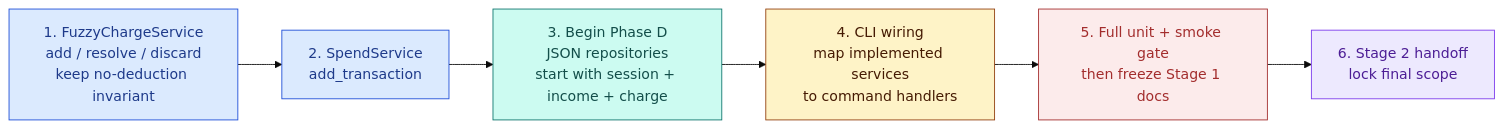
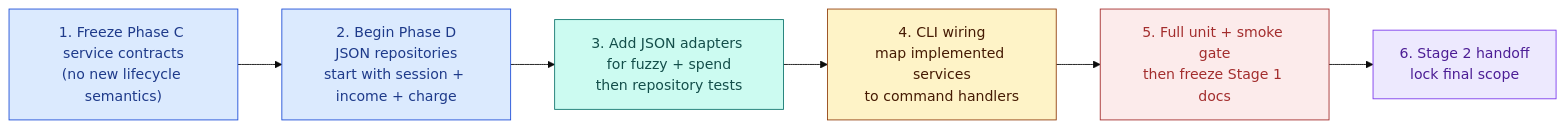
Before and after one commit to MoaminShikha/student-expense-tracker: diagram 13 of 25 in Docs/stage1_implementation_status.md, drawn with Mermaid (base theme). The commit also changed other lines of this file and 5 other files, not shown here.

First line of the commit message:
feat(application): implement spend lifecycle with validator-first flow

````diff
--- a/Docs/stage1_implementation_status.md
+++ b/Docs/stage1_implementation_status.md
@@ -496,18 +498,18 @@
 ```mermaid
 flowchart LR
-    S1["1. FuzzyChargeService\nadd / resolve / discard\nkeep no-deduction invariant"]
-    S2["2. SpendService\nadd_transaction"]
-    S3["3. Begin Phase D\nJSON repositories\nstart with session + income + charge"]
+    S1["1. Freeze Phase C service contracts\n(no new lifecycle semantics)"]
+    S2["2. Begin Phase D\nJSON repositories\nstart with session + income + charge"]
+    S3["3. Add JSON adapters for fuzzy + spend\nthen repository tests"]
     S4["4. CLI wiring\nmap implemented services\nto command handlers"]
     S5["5. Full unit + smoke gate\nthen freeze Stage 1 docs"]
     S6["6. Stage 2 handoff\nlock final scope"]
 
     S1 --> S2 --> S3 --> S4 --> S5 --> S6
 
     style S1 fill:#dbeafe,stroke:#1d4ed8,color:#1e3a8a
     style S2 fill:#dbeafe,stroke:#1d4ed8,color:#1e3a8a
     style S3 fill:#ccfbf1,stroke:#0f766e,color:#134e4a
     style S4 fill:#fef3c7,stroke:#92400e,color:#451a03
     style S5 fill:#fcebeb,color:#a32d2d,stroke:#a32d2d
     style S6 fill:#ede9fe,stroke:#7c3aed,color:#4c1d95
 ```
````
